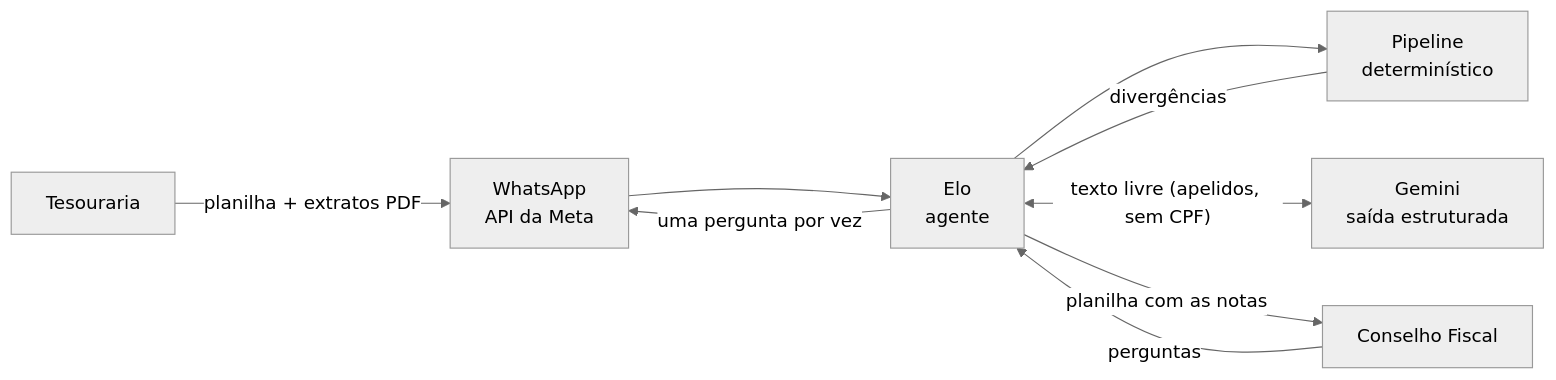
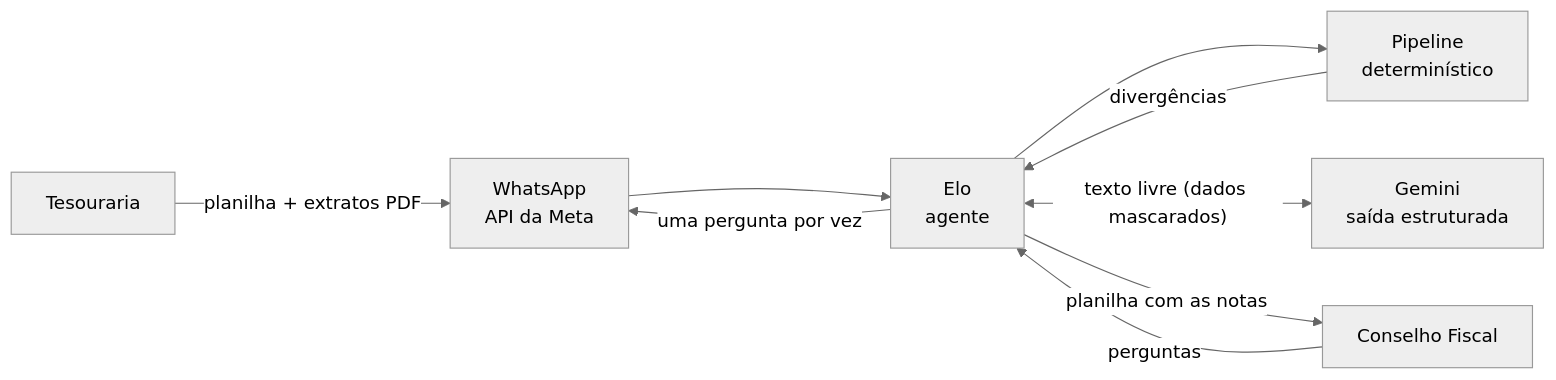
Before and after one commit to ataideray/revenue-reconciliation-agent: the diagram in README.md, drawn with Mermaid (neutral theme). The commit also changed other lines of this file and 1 other file, not shown here.

````diff
--- a/README.md
+++ b/README.md
@@ -82,11 +63,11 @@
 ```mermaid
 flowchart LR
     T[Tesouraria] -- planilha + extratos PDF --> W[WhatsApp<br/>API da Meta]
     W --> A[Elo<br/>agente]
     A --> P[Pipeline<br/>determinístico]
     P -- divergências --> A
     A -- "uma pergunta por vez" --> W
-    A <-- "texto livre (apelidos, sem CPF)" --> G[Gemini<br/>saída estruturada]
+    A <-- "texto livre (dados mascarados)" --> G[Gemini<br/>saída estruturada]
     A -- planilha com as notas --> CF[Conselho Fiscal]
     CF -- perguntas --> A
 ```
````
